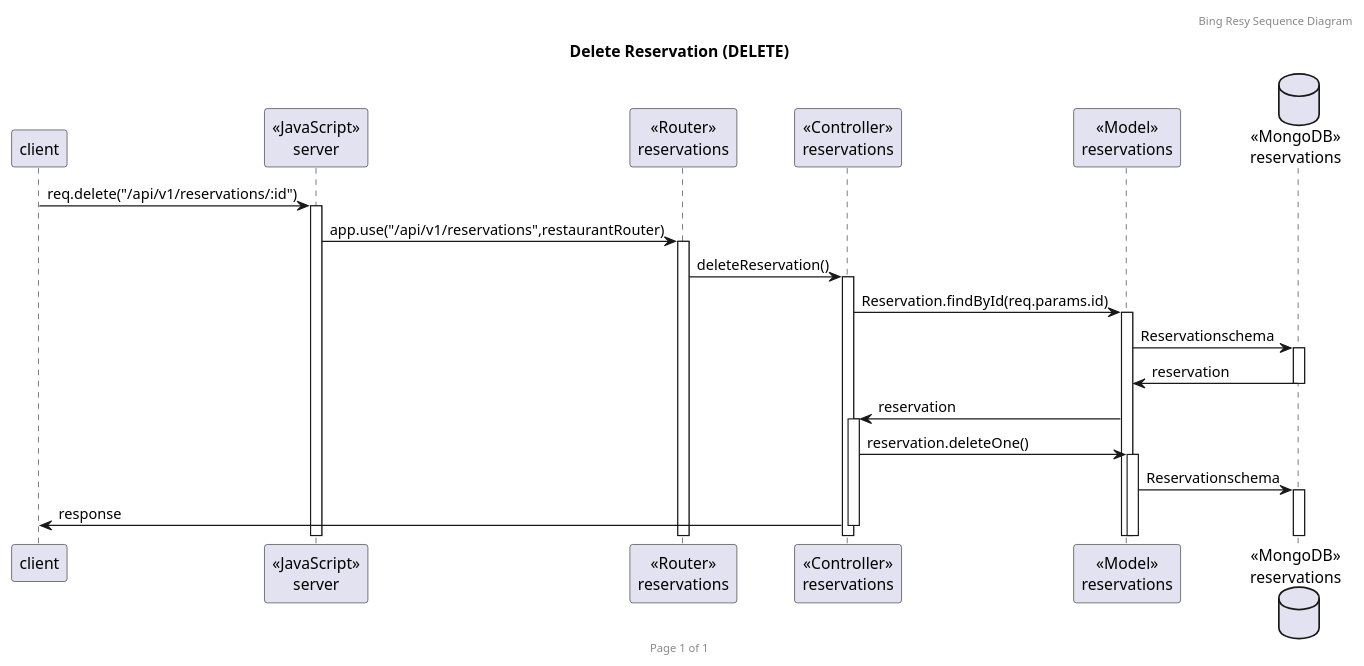
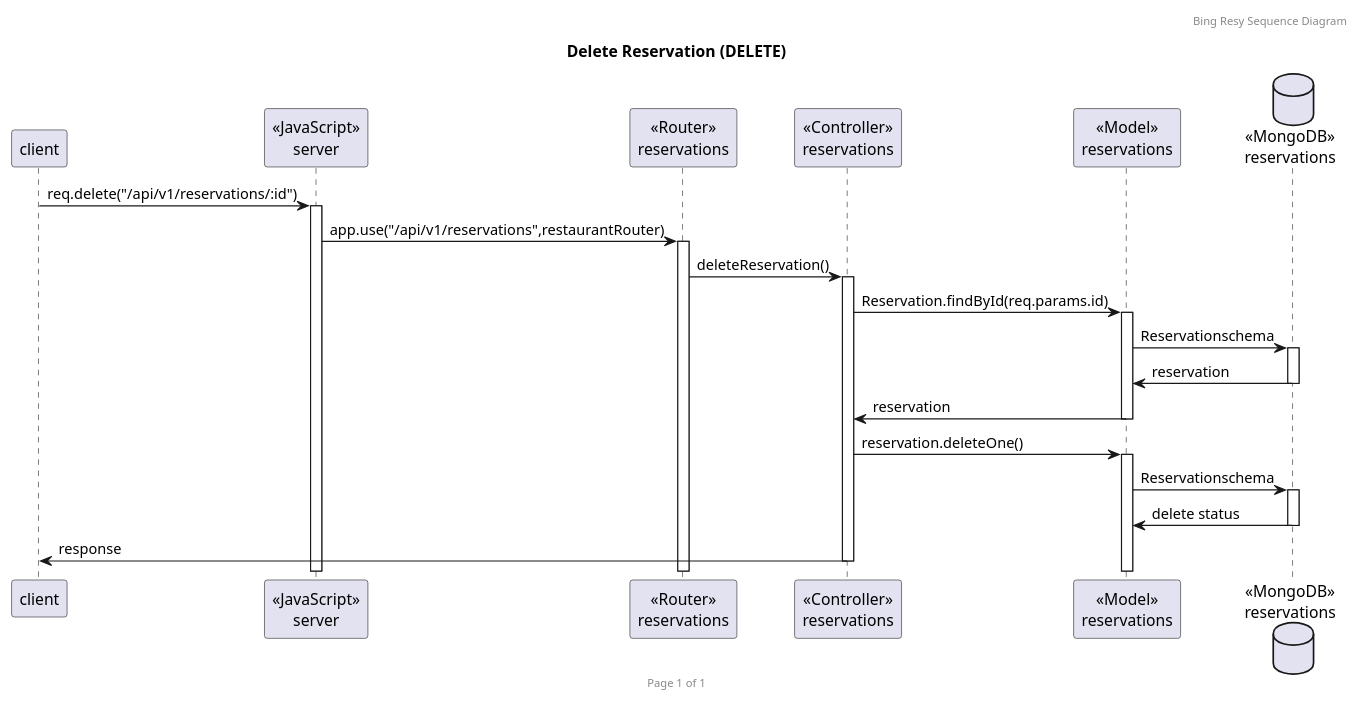
The diagram in PUMLs/reservations/deleteReservation.puml (NewBieCoderXD/SW_backend_project), drawn with PlantUML before and after one commit. The commit also changed 5 other files, not shown here.

```diff
--- a/PUMLs/reservations/deleteReservation.puml
+++ b/PUMLs/reservations/deleteReservation.puml
@@ -1,25 +1,26 @@
 @startuml
 
 header Bing Resy Sequence Diagram
 footer Page %page% of %lastpage%
 title "Delete Reservation (DELETE)"
 
 participant "client" as client
 participant "<<JavaScript>>\nserver" as server
 participant "<<Router>>\nreservations" as reservationsRouter
 participant "<<Controller>>\nreservations" as reservationsController
 participant "<<Model>>\nreservations" as reservationsModel
 database "<<MongoDB>>\nreservations" as reservationsDatabase
 
 client -> server ++: req.delete("/api/v1/reservations/:id")
 server -> reservationsRouter ++: app.use("/api/v1/reservations",restaurantRouter)
 reservationsRouter -> reservationsController ++: deleteReservation()
 reservationsController -> reservationsModel ++: Reservation.findById(req.params.id)
 reservationsModel -> reservationsDatabase ++:Reservationschema
 reservationsDatabase -> reservationsModel --:reservation
-reservationsModel -> reservationsController ++: reservation
+reservationsModel -> reservationsController --: reservation
 reservationsController -> reservationsModel ++: reservation.deleteOne()
 reservationsModel -> reservationsDatabase ++: Reservationschema
+reservationsDatabase -> reservationsModel --: delete status
 reservationsController -> client --:response
 
 @enduml
```
